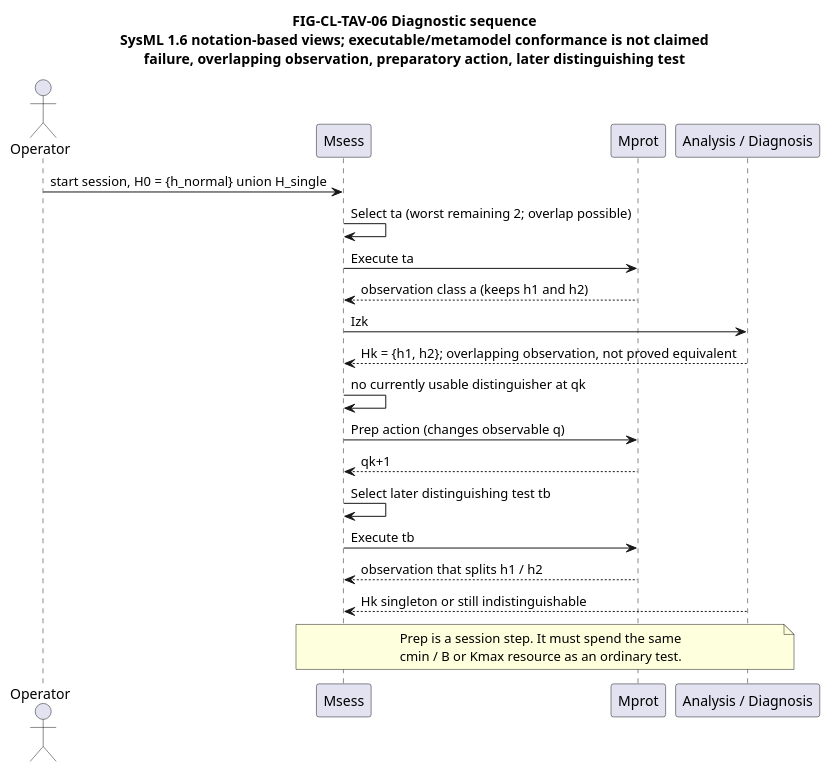
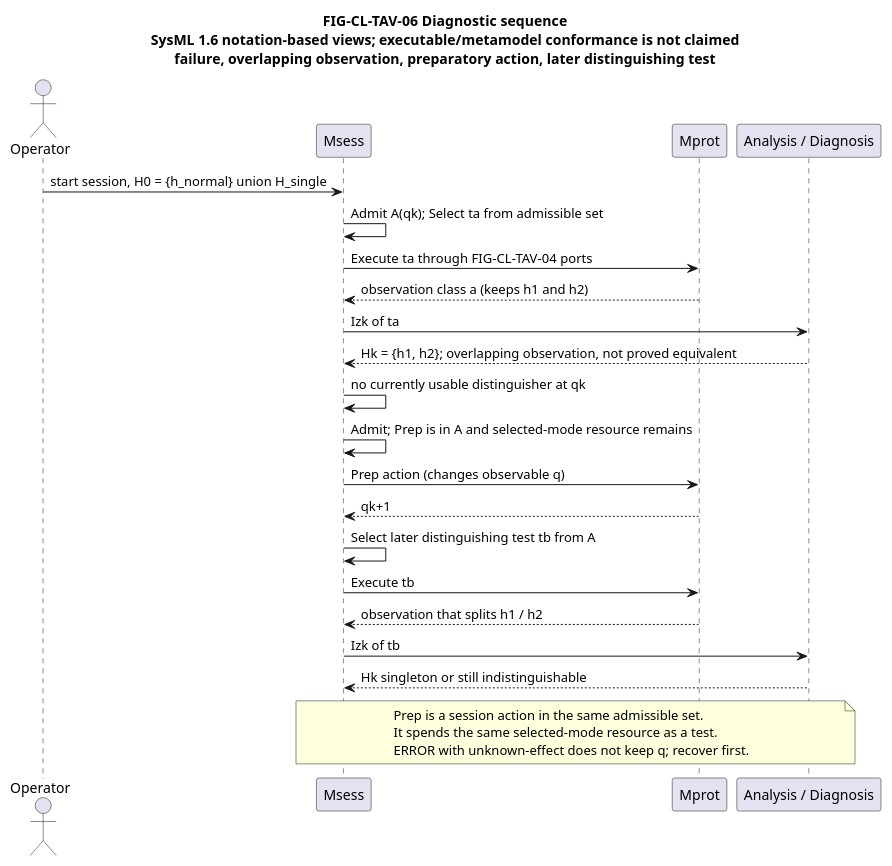
The diagram in docs/research/publication/models/FIG-CL-TAV-06-diagnostic-sequence.puml (ZhangChi0727/arinc-615a-conformance), drawn with PlantUML before and after one commit. The commit also changed 8 other files, not shown here.

First line of the commit message:
docs: unify CL-TAV admission, ERROR history, and two-machine boundary

```diff
--- a/docs/research/publication/models/FIG-CL-TAV-06-diagnostic-sequence.puml
+++ b/docs/research/publication/models/FIG-CL-TAV-06-diagnostic-sequence.puml
@@ -1,27 +1,30 @@
 @startuml FIG-CL-TAV-06
 skinparam shadowing false
 title FIG-CL-TAV-06 Diagnostic sequence\nSysML 1.6 notation-based views; executable/metamodel conformance is not claimed\nfailure, overlapping observation, preparatory action, later distinguishing test
 
 actor Operator
 participant "Msess" as S
 participant "Mprot" as P
 participant "Analysis / Diagnosis" as A
 
 Operator -> S : start session, H0 = {h_normal} union H_single
-S -> S : Select ta (worst remaining 2; overlap possible)
-S -> P : Execute ta
+S -> S : Admit A(qk); Select ta from admissible set
+S -> P : Execute ta through FIG-CL-TAV-04 ports
 P --> S : observation class a (keeps h1 and h2)
-S -> A : Izk
+S -> A : Izk of ta
 A --> S : Hk = {h1, h2}; overlapping observation, not proved equivalent
 S -> S : no currently usable distinguisher at qk
+S -> S : Admit; Prep is in A and selected-mode resource remains
 S -> P : Prep action (changes observable q)
 P --> S : qk+1
-S -> S : Select later distinguishing test tb
+S -> S : Select later distinguishing test tb from A
 S -> P : Execute tb
 P --> S : observation that splits h1 / h2
+S -> A : Izk of tb
 A --> S : Hk singleton or still indistinguishable
 note over S, A
-  Prep is a session step. It must spend the same
-  cmin / B or Kmax resource as an ordinary test.
+  Prep is a session action in the same admissible set.
+  It spends the same selected-mode resource as a test.
+  ERROR with unknown-effect does not keep q; recover first.
 end note
 @enduml
```
